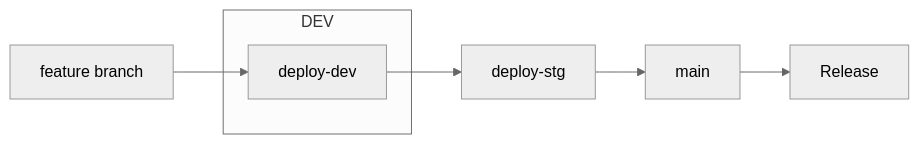
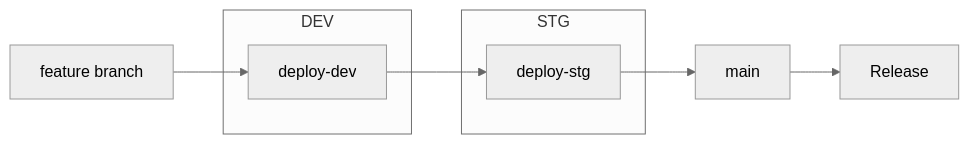
One commit to fritzramos-gf/Workflows changed the diagram in Gates-Workflow.md. Above: the diagram before and after it, drawn with Mermaid (neutral theme).

````diff
--- a/Gates-Workflow.md
+++ b/Gates-Workflow.md
@@ -1,10 +1,23 @@
 ```mermaid
 flowchart LR
     A[feature branch] --> B
     subgraph DEV
         B[deploy-dev]
     end
-    B --> C[deploy-stg]      
+    B --> C
+    subgraph STG
+        C[deploy-stg]
+    end
+    
     C --> D[main] 
     D --> E[Release]
+
+
+
+
+
+
+
+
+
 ```
````
